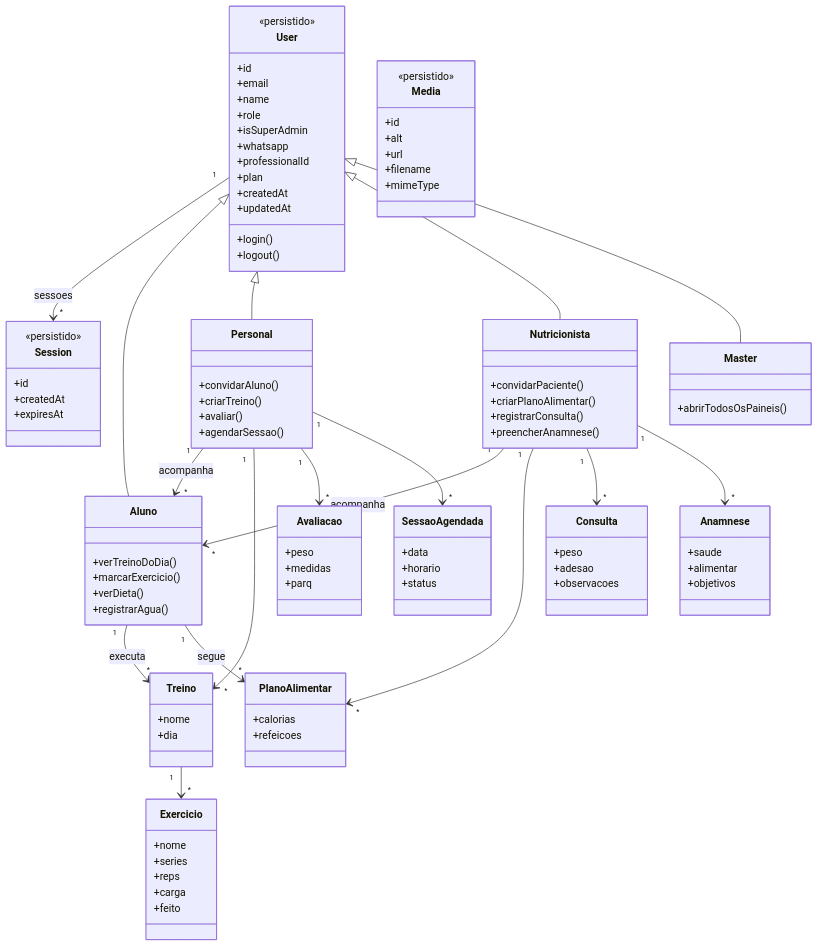
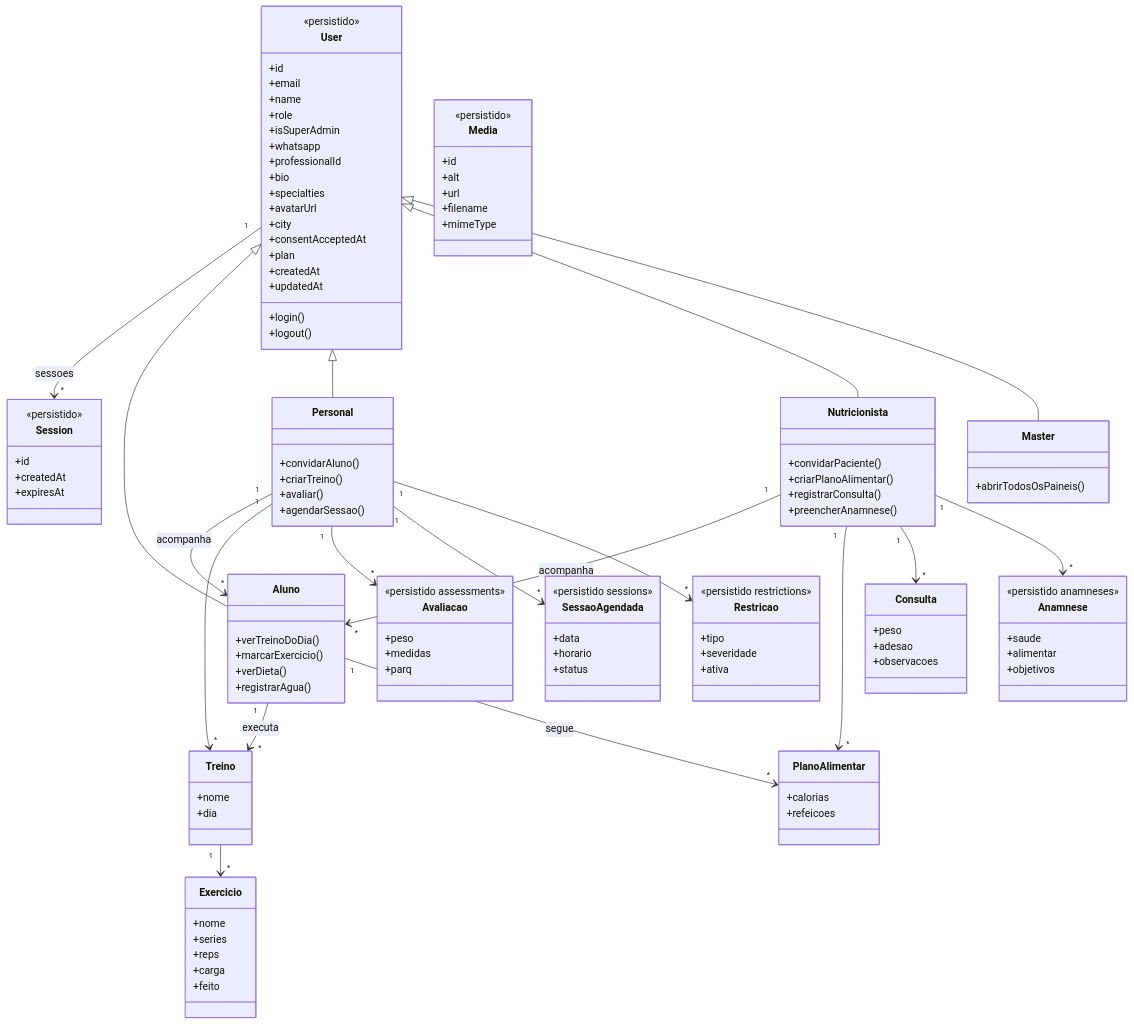
Before and after one commit to renatobcarv/CoachPass: the diagram in docs/coachpass-diagrama-de-classes.md, drawn with Mermaid. The commit also changed other lines of this file and 133 other files, not shown here.

```diff
--- a/docs/coachpass-diagrama-de-classes.md
+++ b/docs/coachpass-diagrama-de-classes.md
@@ -13,6 +13,11 @@
     +isSuperAdmin
     +whatsapp
     +professionalId
+    +bio
+    +specialties
+    +avatarUrl
+    +city
+    +consentAcceptedAt
     +plan
     +createdAt
     +updatedAt
@@ -75,12 +80,14 @@
   }
 
   class Avaliacao {
+    <<persistido assessments>>
     +peso
     +medidas
     +parq
   }
 
   class SessaoAgendada {
+    <<persistido sessions>>
     +data
     +horario
     +status
@@ -98,9 +105,17 @@
   }
 
   class Anamnese {
+    <<persistido anamneses>>
     +saude
     +alimentar
     +objetivos
+  }
+
+  class Restricao {
+    <<persistido restrictions>>
+    +tipo
+    +severidade
+    +ativa
   }
 
   User "1" --> "*" Session : sessoes
@@ -115,6 +130,7 @@
   Treino "1" --> "*" Exercicio
   Personal "1" --> "*" Avaliacao
   Personal "1" --> "*" SessaoAgendada
+  Personal "1" --> "*" Restricao
   Nutricionista "1" --> "*" PlanoAlimentar
   Nutricionista "1" --> "*" Consulta
   Nutricionista "1" --> "*" Anamnese
```
